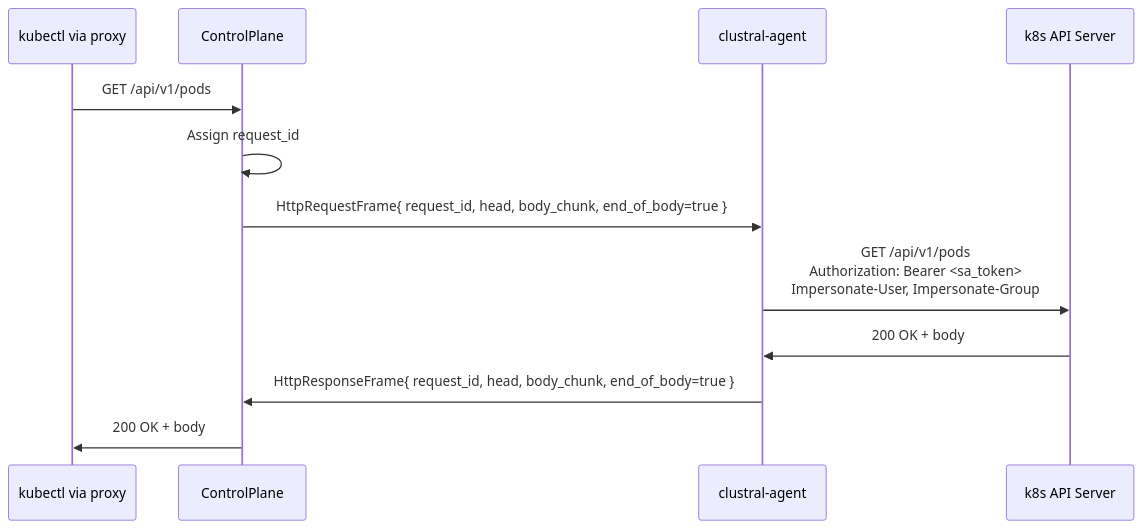
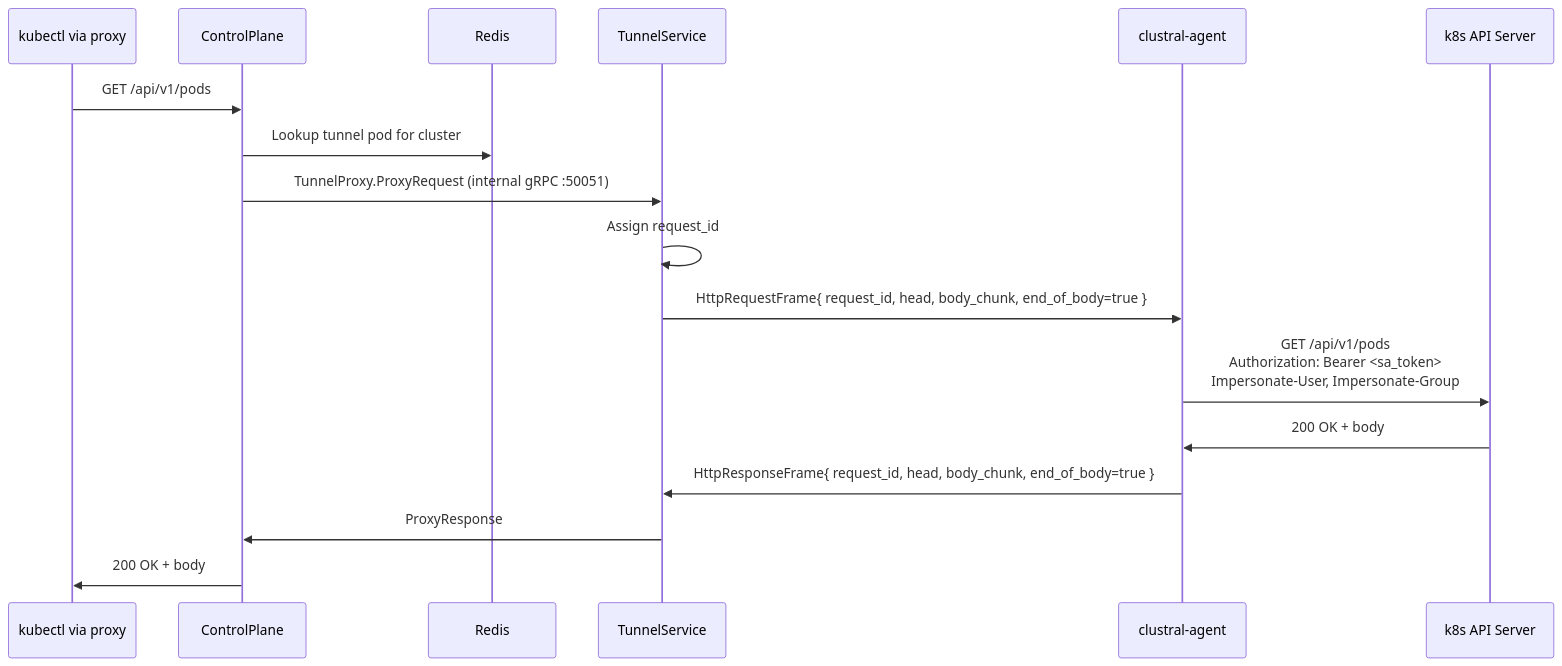
Before and after one commit to Clustral/clustral: the fourth of 4 diagrams in docs-site/architecture/tunnel-lifecycle.md, drawn with Mermaid. The commit also changed other lines of this file and 10 other files, not shown here.

First line of the commit message:
docs: update all diagrams + docs for TunnelService split (#4)

````diff
--- a/docs-site/architecture/tunnel-lifecycle.md
+++ b/docs-site/architecture/tunnel-lifecycle.md
@@ -87,15 +88,20 @@
 ```mermaid
 sequenceDiagram
     participant K as kubectl via proxy
     participant CP as ControlPlane
+    participant REDIS as Redis
+    participant TS as TunnelService
     participant A as clustral-agent
     participant API as k8s API Server
 
     K->>CP: GET /api/v1/pods
-    CP->>CP: Assign request_id
-    CP->>A: HttpRequestFrame{ request_id, head, body_chunk, end_of_body=true }
+    CP->>REDIS: Lookup tunnel pod for cluster
+    CP->>TS: TunnelProxy.ProxyRequest (internal gRPC :50051)
+    TS->>TS: Assign request_id
+    TS->>A: HttpRequestFrame{ request_id, head, body_chunk, end_of_body=true }
     A->>API: GET /api/v1/pods<br/>Authorization: Bearer <sa_token><br/>Impersonate-User, Impersonate-Group
     API->>A: 200 OK + body
-    A->>CP: HttpResponseFrame{ request_id, head, body_chunk, end_of_body=true }
+    A->>TS: HttpResponseFrame{ request_id, head, body_chunk, end_of_body=true }
+    TS->>CP: ProxyResponse
     CP->>K: 200 OK + body
 ```
````
